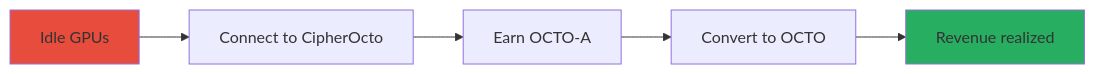
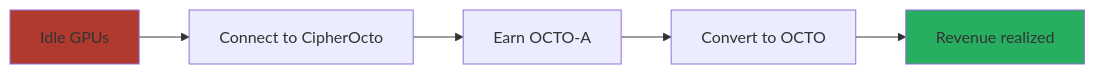
The fifth of 9 diagrams in docs/01-foundation/litepaper.md (CipherOcto/cipherocto), drawn with Mermaid before and after one commit. The commit also changed other lines of this file and 13 other files, not shown here.

First line of the commit message:
Improve Mermaid diagram accessibility: Fix color contrast

````diff
--- a/docs/01-foundation/litepaper.md
+++ b/docs/01-foundation/litepaper.md
@@ -249,10 +249,10 @@
 ```mermaid
 graph LR
     A[Idle GPUs] --> B[Connect to CipherOcto]
     B --> C[Earn OCTO-A]
     C --> D[Convert to OCTO]
     D --> E[Revenue realized]
 
-    style A fill:#e74c3c
+    style A fill:#b03a2e
     style E fill:#27ae60
 ```
````
